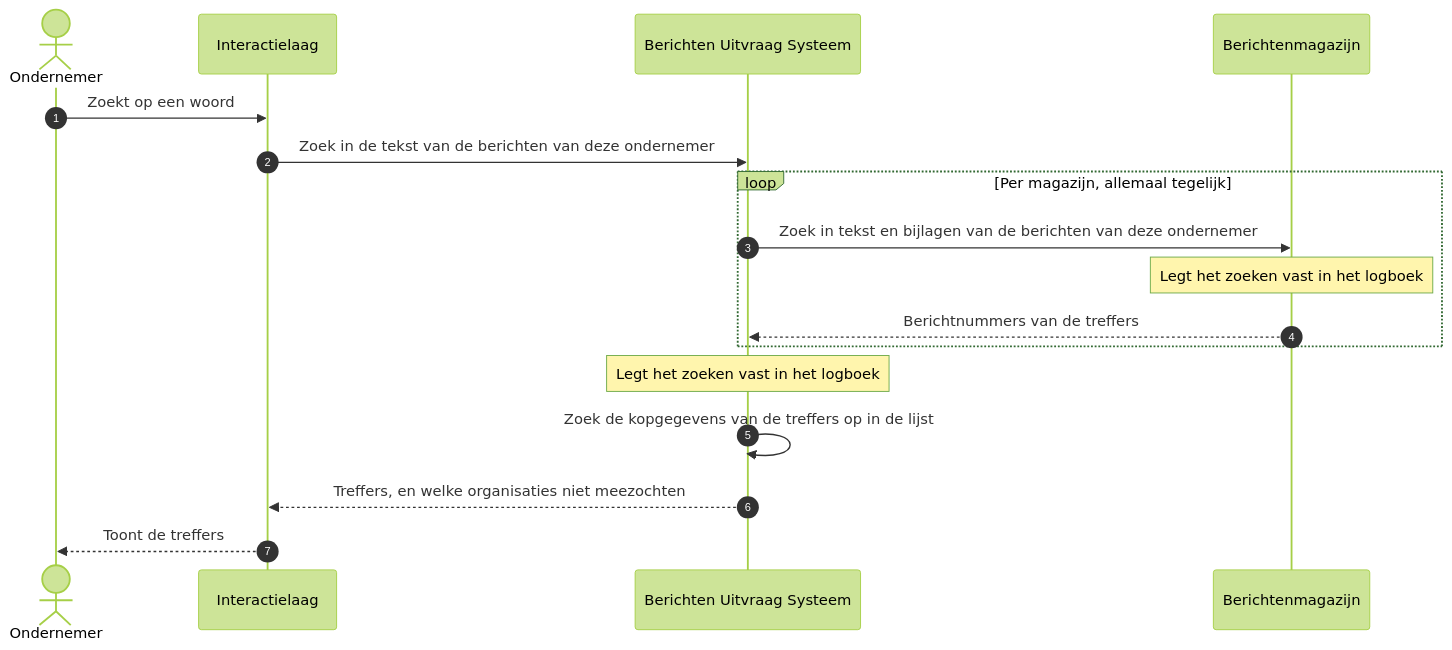
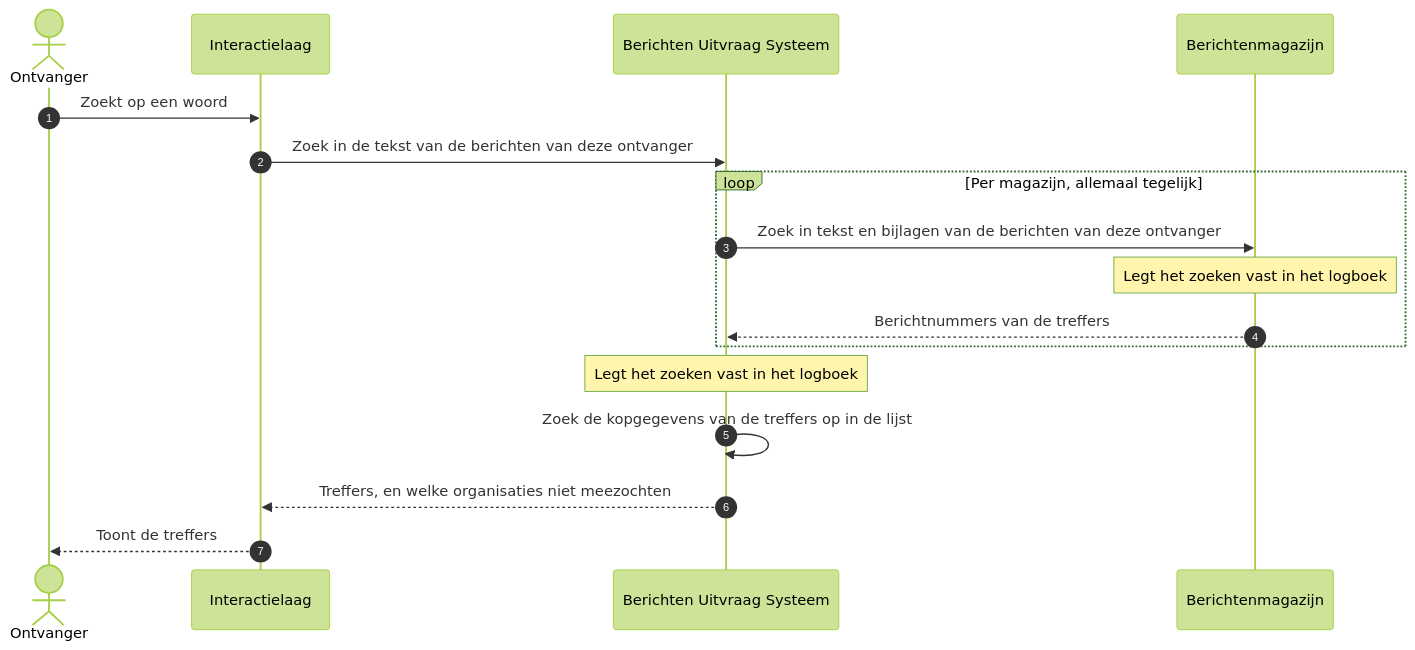
The diagram in docs/architecture/workspace-docs/08-uc4-zoeken.md (MinBZK/moza-poc-fbs-berichtenbox), drawn with Mermaid (forest theme) before and after one commit. The commit also changed other lines of this file and 15 other files, not shown here.

First line of the commit message:
docs(architectuur): use cases generiek voor burgers en ondernemers

````diff
--- a/docs/architecture/workspace-docs/08-uc4-zoeken.md
+++ b/docs/architecture/workspace-docs/08-uc4-zoeken.md
@@ -34,20 +35,20 @@
 ```mermaid
 sequenceDiagram
     autonumber
-    actor OND as Ondernemer
+    actor ONT as Ontvanger
     participant IL as Interactielaag
     participant FBS as Berichten Uitvraag Systeem
     participant MAG as Berichtenmagazijn
 
-    OND->>IL: Zoekt op een woord
-    IL->>FBS: Zoek in de tekst van de berichten van deze ondernemer
+    ONT->>IL: Zoekt op een woord
+    IL->>FBS: Zoek in de tekst van de berichten van deze ontvanger
     loop Per magazijn, allemaal tegelijk
-        FBS->>MAG: Zoek in tekst en bijlagen van de berichten van deze ondernemer
+        FBS->>MAG: Zoek in tekst en bijlagen van de berichten van deze ontvanger
         Note over MAG: Legt het zoeken vast in het logboek
         MAG-->>FBS: Berichtnummers van de treffers
     end
     Note over FBS: Legt het zoeken vast in het logboek
     FBS->>FBS: Zoek de kopgegevens van de treffers op in de lijst
     FBS-->>IL: Treffers, en welke organisaties niet meezochten
-    IL-->>OND: Toont de treffers
+    IL-->>ONT: Toont de treffers
 ```
````
